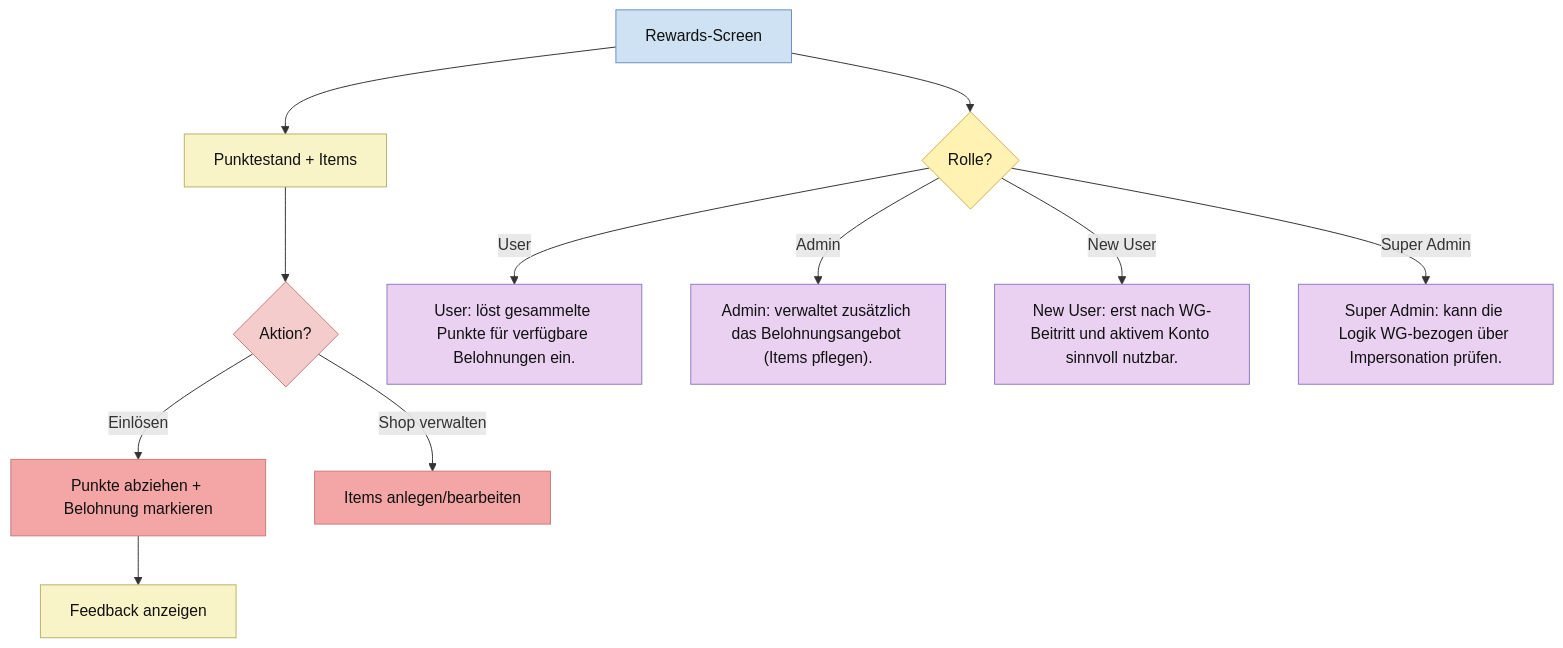
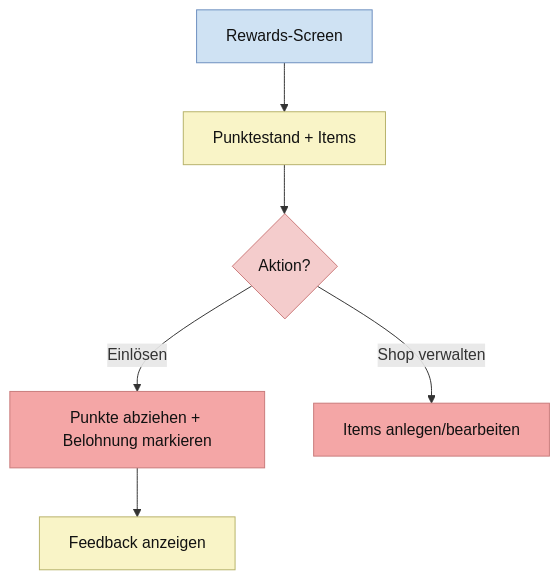
Before and after one commit to Nejy190501/WGManager: diagram 14 of 27 in ABLAUFDIAGRAMM.md, drawn with Mermaid. The commit also changed other lines of this file, not shown here.

````diff
--- a/ABLAUFDIAGRAMM.md
+++ b/ABLAUFDIAGRAMM.md
@@ -724,34 +568,21 @@
 ```mermaid
 flowchart TD
     A["Rewards-Screen"] --> B["Punktestand + Items"]
     B --> C{"Aktion?"}
     C -->|Einlösen| D["Punkte abziehen + Belohnung markieren"]
     C -->|Shop verwalten| E["Items anlegen/bearbeiten"]
     D --> F["Feedback anzeigen"]
-
-
-    A --> RLQ{"Rolle?"}
-    RLU["User: löst gesammelte Punkte für verfügbare Belohnungen ein."]
-    RLA["Admin: verwaltet zusätzlich das Belohnungsangebot (Items pflegen)."]
-    RLN["New User: erst nach WG-Beitritt und aktivem Konto sinnvoll nutzbar."]
-    RLS["Super Admin: kann die Logik WG-bezogen über Impersonation prüfen."]
-    RLQ -->|User| RLU
-    RLQ -->|Admin| RLA
-    RLQ -->|New User| RLN
-    RLQ -->|Super Admin| RLS
 
     classDef userAction fill:#ead1f2,stroke:#8e7cc3,color:#111;
     classDef systemAction fill:#f9f4c7,stroke:#b7b26a,color:#111;
     classDef userDecision fill:#f4cccc,stroke:#cc7a7a,color:#111;
     classDef systemDecision fill:#fff2b2,stroke:#c9b458,color:#111;
     classDef button fill:#f4a6a6,stroke:#c97b7b,color:#111;
     classDef userInput fill:#f8d7da,stroke:#d49aa2,color:#111;
     classDef screen fill:#cfe2f3,stroke:#6c8ebf,color:#111;
 
     class B,F systemAction;
     class C userDecision;
     class D,E button;
     class A screen;
-    class RLQ systemDecision;
-    class RLU,RLA,RLN,RLS userAction;
 ```
````
